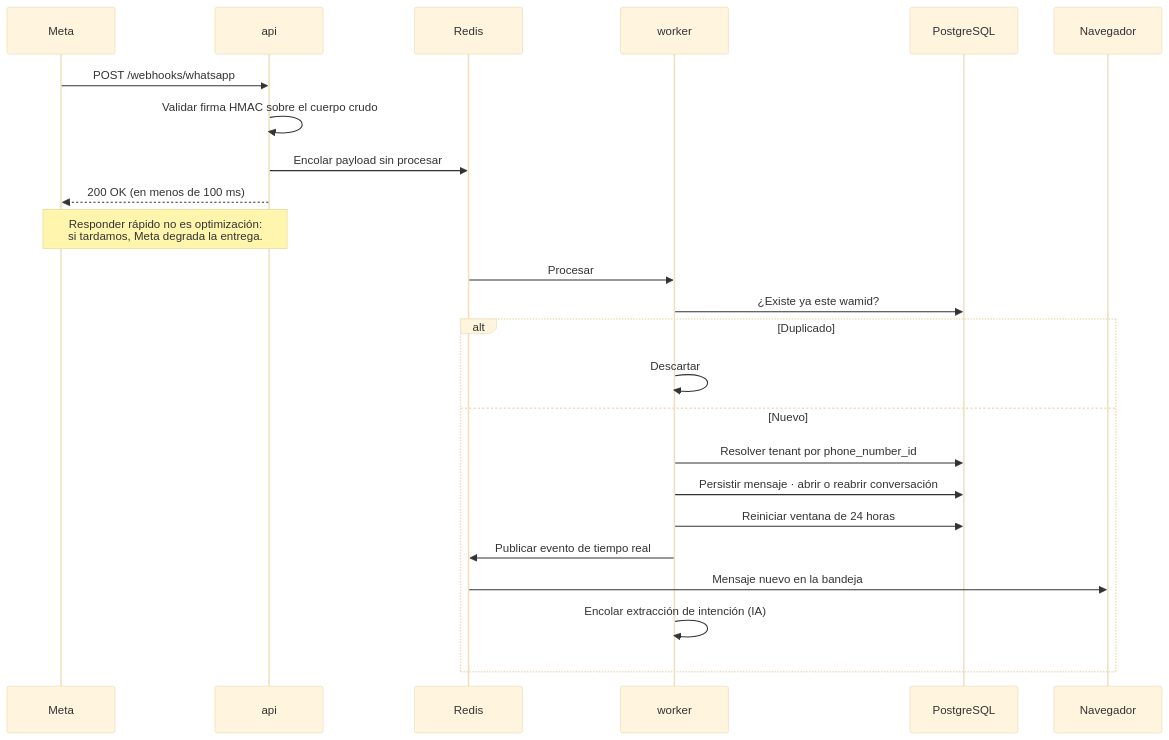
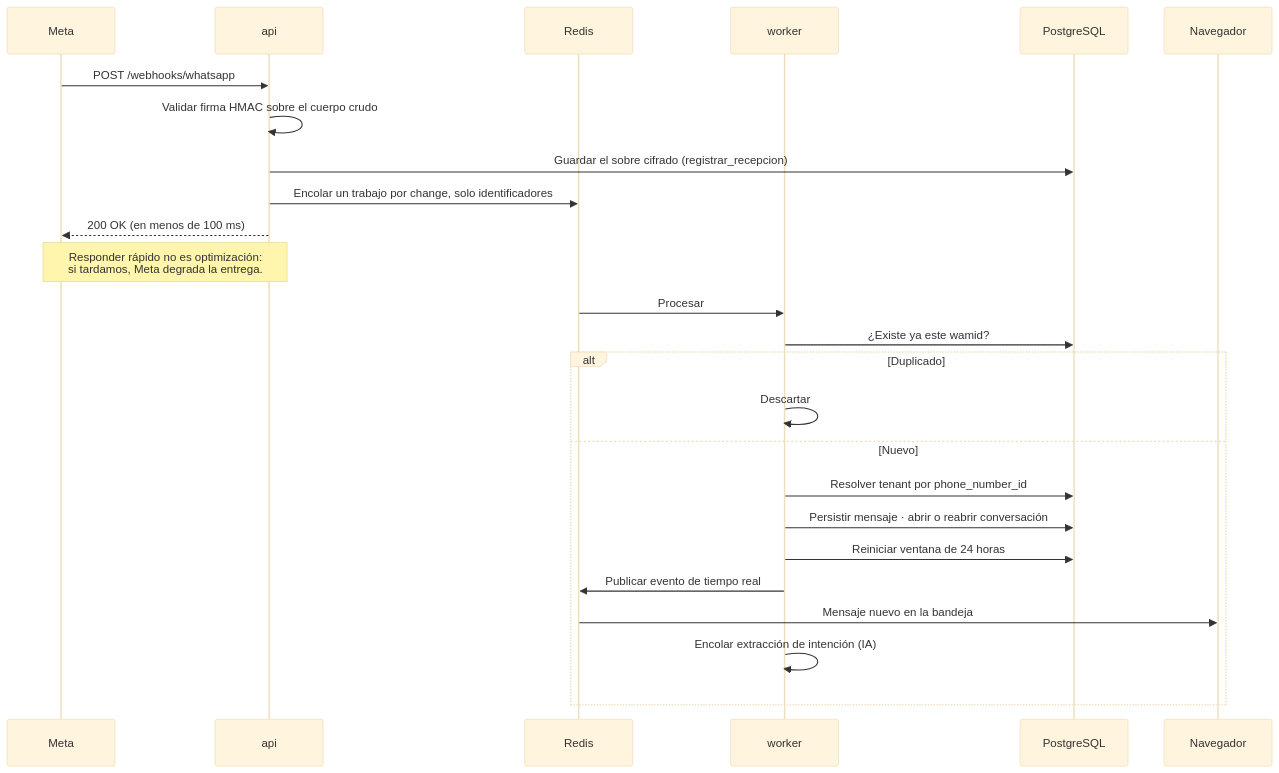
The second of 3 diagrams in docs/02-arquitectura/01-vision-general.md (system-technology/CRM), drawn with Mermaid (base theme) before and after one commit. The commit also changed other lines of this file and 4 other files, not shown here.

````diff
--- a/docs/02-arquitectura/01-vision-general.md
+++ b/docs/02-arquitectura/01-vision-general.md
@@ -70,27 +74,28 @@
 ```mermaid
 sequenceDiagram
     participant M as Meta
     participant A as api
     participant R as Redis
     participant W as worker
     participant D as PostgreSQL
     participant U as Navegador
 
     M->>A: POST /webhooks/whatsapp
     A->>A: Validar firma HMAC sobre el cuerpo crudo
-    A->>R: Encolar payload sin procesar
+    A->>D: Guardar el sobre cifrado (registrar_recepcion)
+    A->>R: Encolar un trabajo por change, solo identificadores
     A-->>M: 200 OK (en menos de 100 ms)
     Note over A,M: Responder rápido no es optimización:<br/>si tardamos, Meta degrada la entrega.
     R->>W: Procesar
     W->>D: ¿Existe ya este wamid?
     alt Duplicado
         W->>W: Descartar
     else Nuevo
         W->>D: Resolver tenant por phone_number_id
         W->>D: Persistir mensaje · abrir o reabrir conversación
         W->>D: Reiniciar ventana de 24 horas
         W->>R: Publicar evento de tiempo real
         R->>U: Mensaje nuevo en la bandeja
         W->>W: Encolar extracción de intención (IA)
     end
 ```
````
